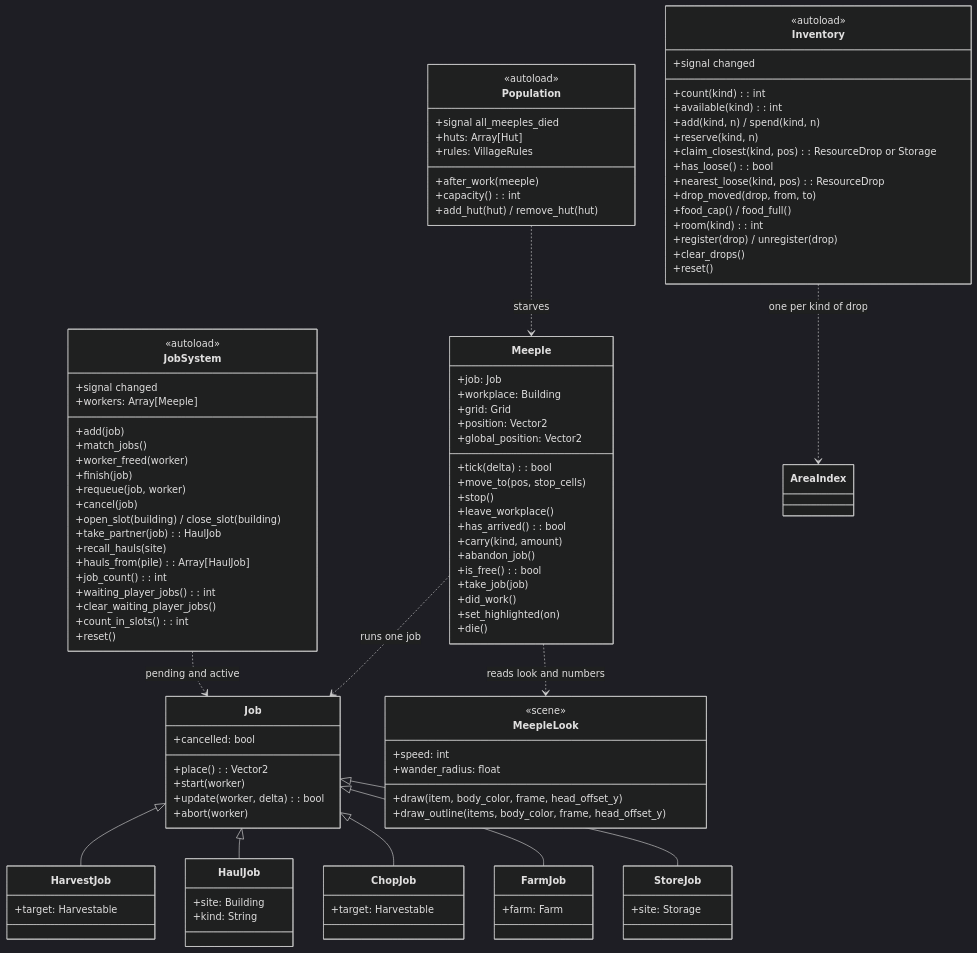
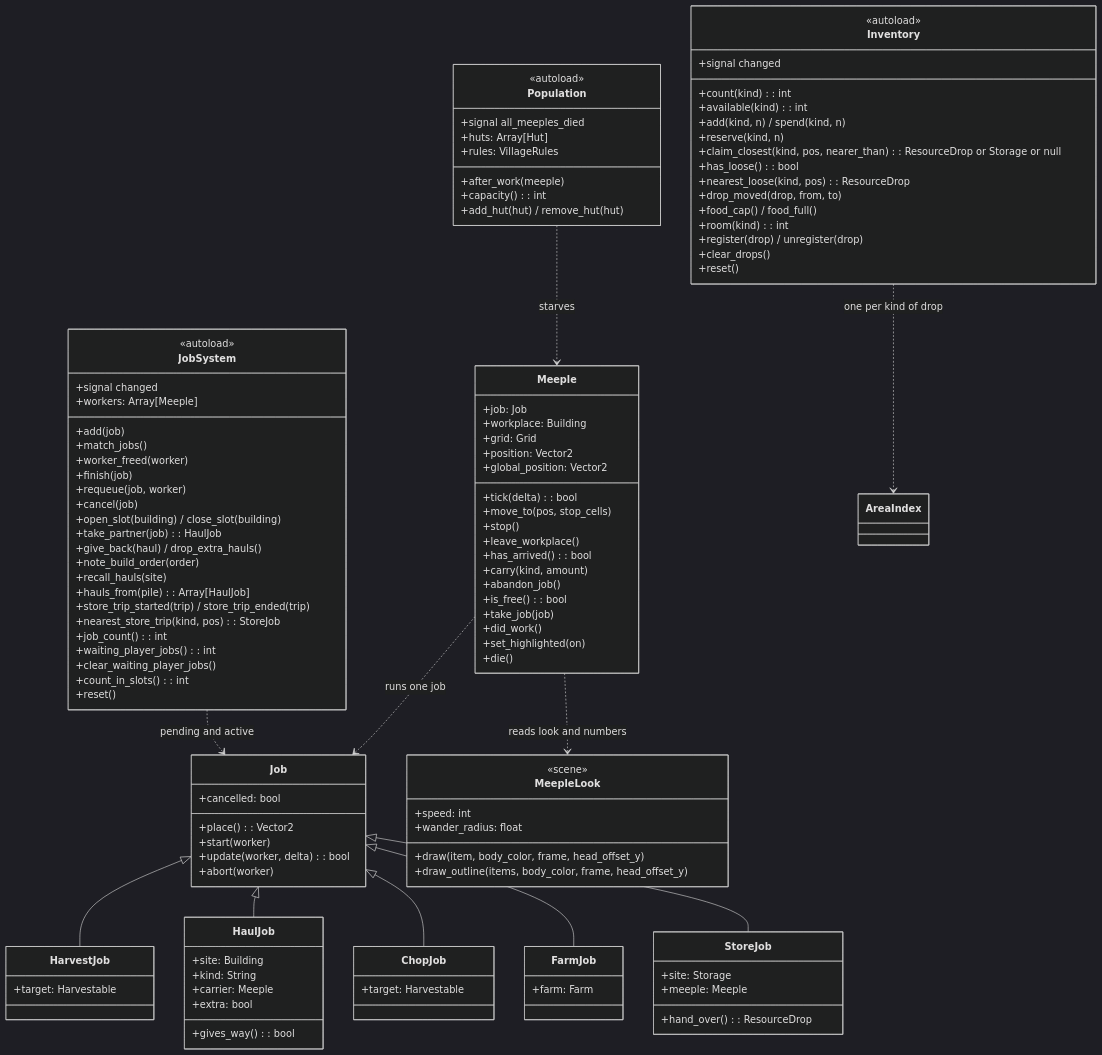
One commit to Liam-M-Mays/game-jam-2026 changed the tenth of 11 diagrams in docs/architecture.md. Above: the diagram before and after it, drawn with Mermaid (dark theme). The commit also changed other lines of this file and 24 other files, not shown here.

```diff
--- a/docs/architecture.md
+++ b/docs/architecture.md
@@ -642,8 +654,12 @@
         +cancel(job)
         +open_slot(building) / close_slot(building)
         +take_partner(job): HaulJob
+        +give_back(haul) / drop_extra_hauls()
+        +note_build_order(order)
         +recall_hauls(site)
         +hauls_from(pile): Array[HaulJob]
+        +store_trip_started(trip) / store_trip_ended(trip)
+        +nearest_store_trip(kind, pos): StoreJob
         +job_count(): int
         +waiting_player_jobs(): int
         +clear_waiting_player_jobs()
@@ -699,7 +715,7 @@
         +available(kind): int
         +add(kind, n) / spend(kind, n)
         +reserve(kind, n)
-        +claim_closest(kind, pos): ResourceDrop or Storage
+        +claim_closest(kind, pos, nearer_than): ResourceDrop or Storage or null
         +has_loose(): bool
         +nearest_loose(kind, pos): ResourceDrop
         +drop_moved(drop, from, to)
@@ -715,6 +731,9 @@
     class HaulJob {
         +site: Building
         +kind: String
+        +carrier: Meeple
+        +extra: bool
+        +gives_way(): bool
     }
     class ChopJob {
         +target: Harvestable
@@ -724,6 +743,8 @@
     }
     class StoreJob {
         +site: Storage
+        +meeple: Meeple
+        +hand_over(): ResourceDrop
     }
     Job <|-- HarvestJob
     Job <|-- HaulJob
```
